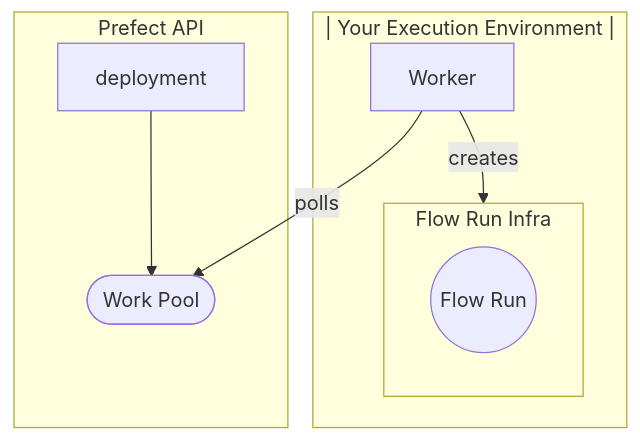
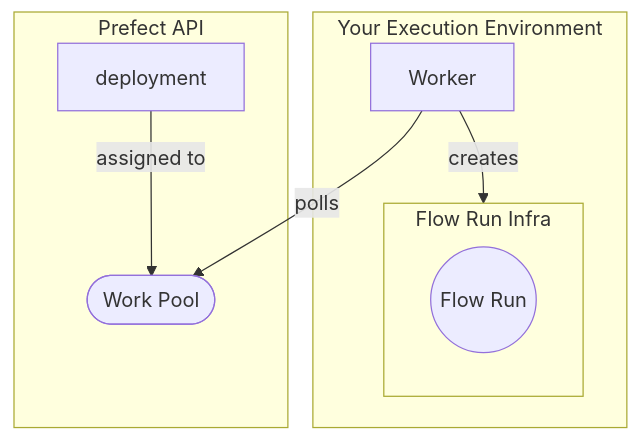
The diagram in docs/tutorial/workers_workpools.md (PrefectHQ/prefect), drawn with Mermaid before and after one commit. The commit also changed other lines of this file, not shown here.

````diff
--- a/docs/tutorial/workers_workpools.md
+++ b/docs/tutorial/workers_workpools.md
@@ -55,18 +55,18 @@
 ```mermaid
 graph TD;
-    subgraph your_infra["|  Your Execution Environment  |"]
+    subgraph your_infra[Your Execution Environment]
         worker["Worker"]
-				subgraph flow_run_infra["Flow Run Infra"]
+				subgraph flow_run_infra[Flow Run Infra]
 					flow_run(("Flow Run"))
 				end
         
     end
 
     subgraph api["Prefect API"]
-				deployment --> work_pool
+				deployment --> |assigned to| work_pool
         work_pool(["Work Pool"])
     end
 
     worker --> |polls| work_pool
     worker --> |creates| flow_run_infra
 ```
````
